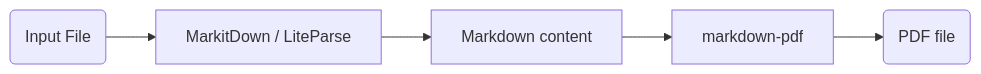
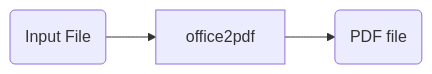
One commit to AstraBert/PdfItDown changed the third of 4 diagrams in README.md. Above: the diagram before and after it, drawn with Mermaid. The commit also changed other lines of this file and 72 other files, not shown here.

````diff
--- a/README.md
+++ b/README.md
@@ -55,7 +55,5 @@
 ```mermaid
 graph LR
-2(Input File) -->  3[MarkitDown]
-3[MarkitDown / LiteParse] -->  4[Markdown content]
-4[Markdown content] --> 5[markdown-pdf]
-5[markdown-pdf] --> 6(PDF file)
+2(Input File) --> 3[office2pdf]
+3[office2pdf] --> 4(PDF file)
 ```
````
